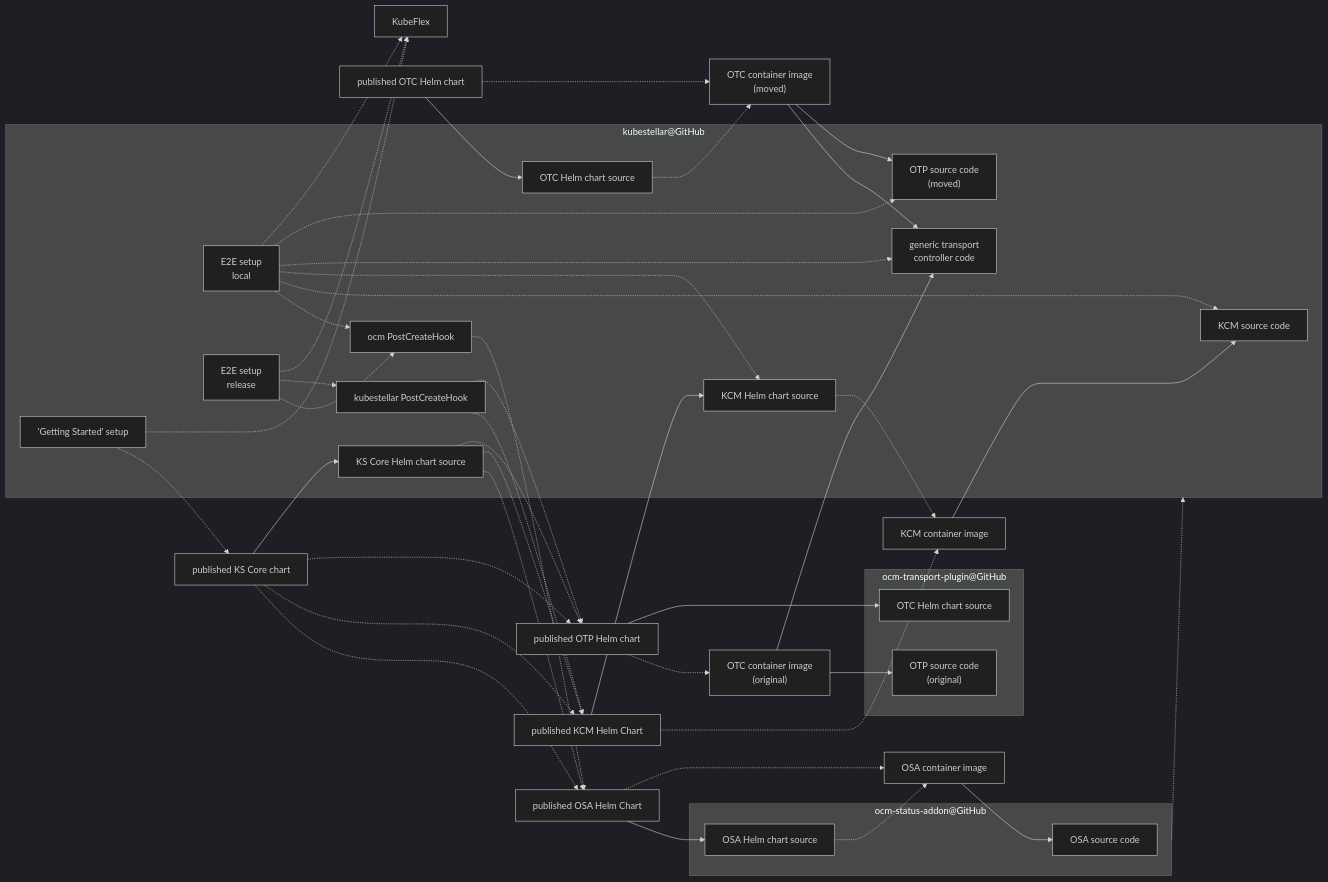
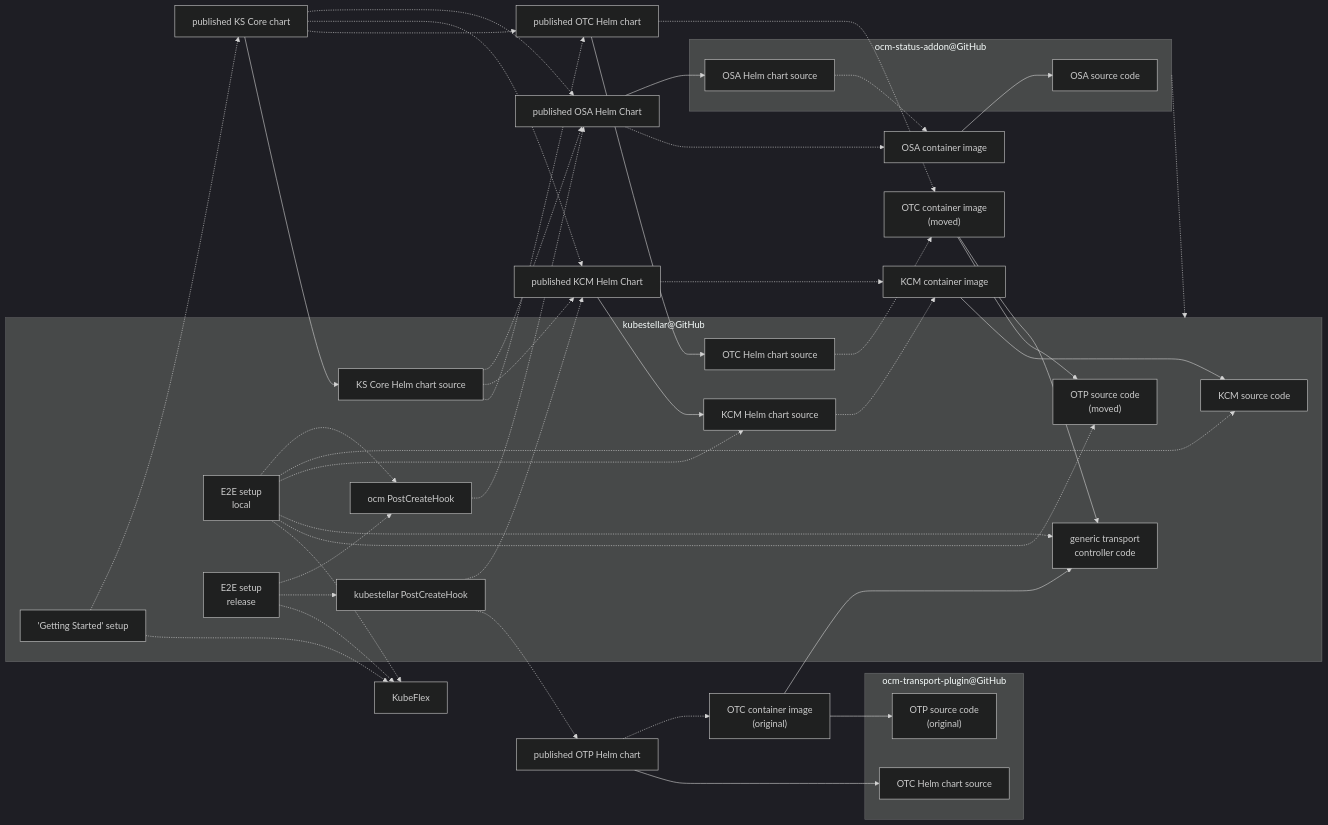
The fifth of 5 diagrams in docs/content/direct/packaging.md (kubestellar/kubestellar), drawn with Mermaid (dark theme) before and after one commit. The commit also changed other lines of this file and 3 other files, not shown here.

Commit message:
Swing core chart from ks/OTP chart to ks/ks OTC chart

````diff
--- a/docs/content/direct/packaging.md
+++ b/docs/content/direct/packaging.md
@@ -349,65 +349,65 @@
 ```mermaid
 flowchart LR
     subgraph otp_repo["ocm-transport-plugin@GitHub"]
     otp_code_ur["OTP source code<br>(original)"]
     otp_hc_src[OTC Helm chart source]
     end
     subgraph osa_repo["ocm-status-addon@GitHub"]
     osa_code[OSA source code]
     osa_hc_src[OSA Helm chart source]
     end
     osa_ctr_image[OSA container image] --> osa_code
     osa_hc_repo[published OSA Helm Chart] --> osa_hc_src
     osa_hc_src -.-> osa_ctr_image
     osa_hc_repo -.-> osa_ctr_image
     subgraph ks_repo["kubestellar@GitHub"]
     kcm_code[KCM source code]
     gtc_code["generic transport<br>controller code"]
     otp_code["OTP source code<br>(moved)"]
     kcm_hc_src[KCM Helm chart source]
     otc_hc_src[OTC Helm chart source]
     ksc_hc_src[KS Core Helm chart source]
     ks_pch[kubestellar PostCreateHook]
     ocm_pch["ocm PostCreateHook"]
     setup_ksc["'Getting Started' setup"]
     e2e_local["E2E setup<br>local"]
     e2e_release["E2E setup<br>release"]
     end
     osa_repo -.-> ks_repo
     ocm_pch -.-> osa_hc_repo
     kcm_ctr_image[KCM container image] --> kcm_code
     kcm_hc_repo[published KCM Helm Chart] --> kcm_hc_src
     kcm_hc_src -.-> kcm_ctr_image
     kcm_hc_repo -.-> kcm_ctr_image
     ks_pch -.-> kcm_hc_repo
     ks_pch -.-> otp_hc_repo[published OTP Helm chart]
     otc_ctr_image["OTC container image<br>(moved)"]
     otc_ctr_image --> gtc_code
     otc_ctr_image --> otp_code
     otc_hc_src -.-> otc_ctr_image
     otp_hc_repo -.-> otc_ctr_image_ur["OTC container image<br>(original)"]
     otp_hc_repo --> otp_hc_src
     otc_ctr_image_ur --> gtc_code
     otc_ctr_image_ur --> otp_code_ur
     otc_hc_repo[published OTC Helm chart]
     otc_hc_repo --> otc_hc_src
     otc_hc_repo -.-> otc_ctr_image
     ksc_hc_repo[published KS Core chart] --> ksc_hc_src
     ksc_hc_src -.-> osa_hc_repo
     ksc_hc_src -.-> kcm_hc_repo
-    ksc_hc_src -.-> otp_hc_repo
+    ksc_hc_src -.-> otc_hc_repo
     ksc_hc_repo -.-> osa_hc_repo
     ksc_hc_repo -.-> kcm_hc_repo
-    ksc_hc_repo -.-> otp_hc_repo
+    ksc_hc_repo -.-> otc_hc_repo
     setup_ksc -.-> ksc_hc_repo
     setup_ksc -.-> KubeFlex
     e2e_local -.-> ocm_pch
     e2e_local -.-> kcm_code
     e2e_local -.-> kcm_hc_src
     e2e_local -.-> gtc_code
     e2e_local -.-> otp_code
     e2e_local -.-> KubeFlex
     e2e_release -.-> ocm_pch
     e2e_release -.-> ks_pch
     e2e_release -.-> KubeFlex
 ```
````
